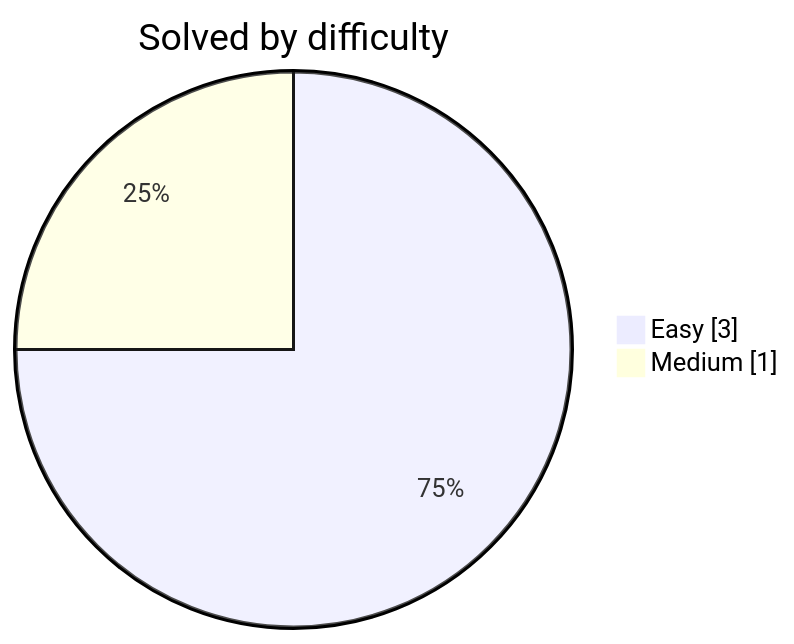
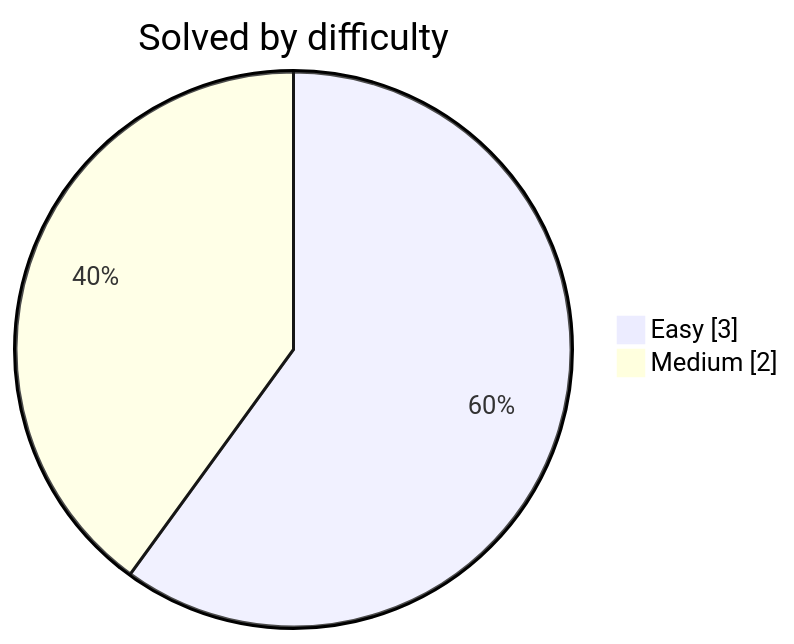
One commit to DwijeshD/leetcode-solutions changed the diagram in README.md. Above: the diagram before and after it, drawn with Mermaid. The commit also changed other lines of this file and 2 other files, not shown here.

````diff
--- a/README.md
+++ b/README.md
@@ -31,6 +31,6 @@
 ```mermaid
 pie showData
     title Solved by difficulty
     "Easy" : 3
-    "Medium" : 1
+    "Medium" : 2
 ```
````
